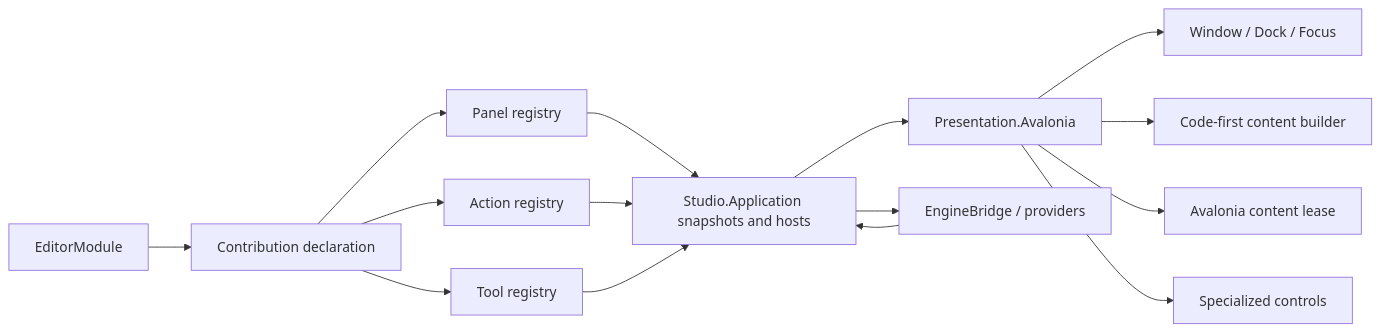
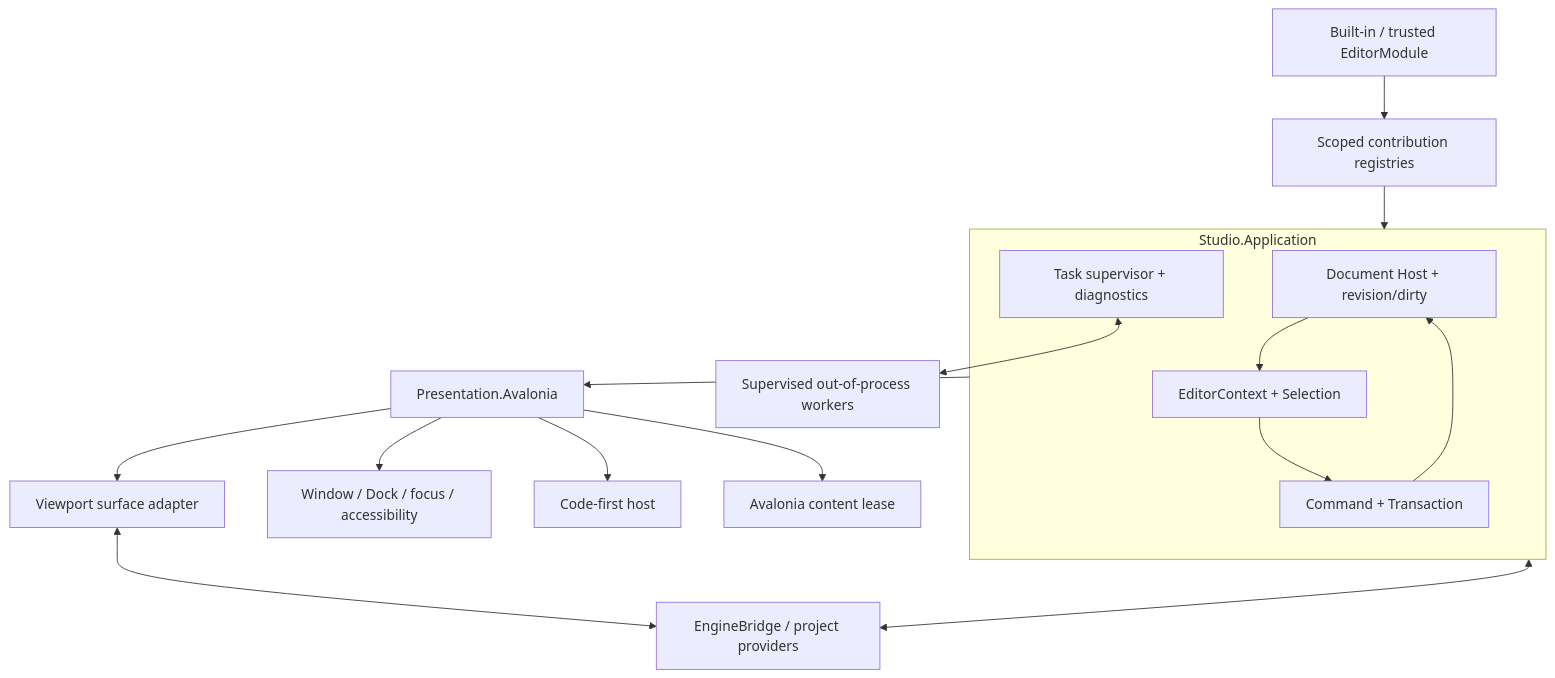
The diagram in apps/studio/docs/architecture/studio-frontend-framework.md (66six11/Engine), drawn with Mermaid before and after one commit. The commit also changed other lines of this file and 691 other files, not shown here.

Commit message:
feat: hard cut studio architecture

````diff
--- a/apps/studio/docs/architecture/studio-frontend-framework.md
+++ b/apps/studio/docs/architecture/studio-frontend-framework.md
@@ -119,20 +149,25 @@
 ```mermaid
-flowchart LR
-    Module["EditorModule"] --> Declare["Contribution declaration"]
-    Declare --> Panel["Panel registry"]
-    Declare --> Action["Action registry"]
-    Declare --> Tool["Tool registry"]
+flowchart TB
+    Extension["Built-in / trusted EditorModule"] --> Registry["Scoped contribution registries"]
+    Registry --> App["Studio.Application"]
 
-    Panel --> Application["Studio.Application snapshots and hosts"]
-    Action --> Application
-    Tool --> Application
+    subgraph App["Studio.Application"]
+        Document["Document Host + revision/dirty"]
+        Context["EditorContext + Selection"]
+        Mutation["Command + Transaction"]
+        Tasks["Task supervisor + diagnostics"]
+        Document --> Context
+        Context --> Mutation
+        Mutation --> Document
+    end
 
-    Application --> Presentation["Presentation.Avalonia"]
-    Presentation --> Dock["Window / Dock / Focus"]
-    Presentation --> CodeFirst["Code-first content builder"]
+    App <--> Bridge["EngineBridge / project providers"]
+    Tasks <--> Worker["Supervised out-of-process workers"]
+
+    App --> Presentation["Presentation.Avalonia"]
+    Presentation --> Shell["Window / Dock / focus / accessibility"]
+    Presentation --> CodeFirst["Code-first host"]
     Presentation --> AvaloniaContent["Avalonia content lease"]
-    Presentation --> Specialized["Specialized controls"]
-
-    Engine["EngineBridge / providers"] --> Application
-    Application --> Engine
+    Presentation --> Viewport["Viewport surface adapter"]
+    Viewport <--> Bridge
 ```
````
